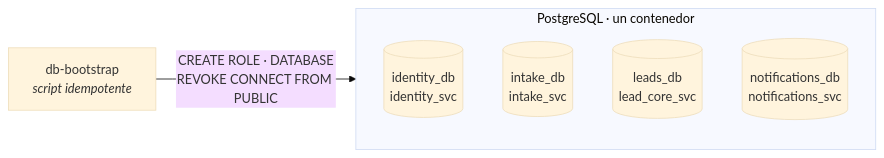
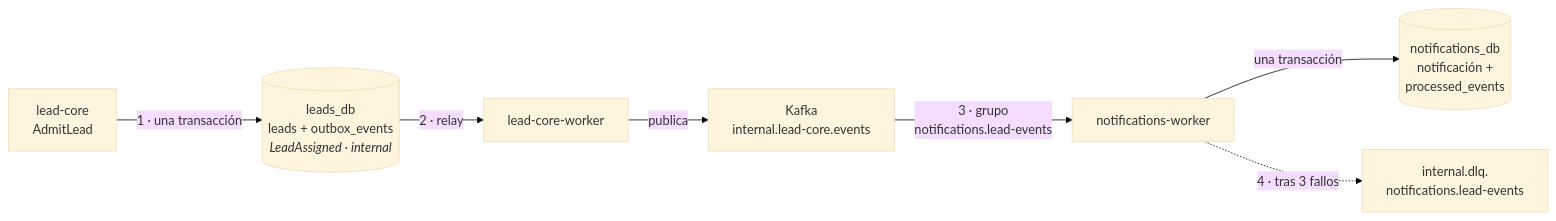
The fifth of 8 diagrams in .slides-microservices/slides.md (MDCIrony/leads-hexa), drawn with Mermaid (base theme) before and after one commit. The commit also changed other lines of this file and 1 other file, not shown here.

Commit message:
docs(slides): simplify the deck and explain the edge and the event flow

````diff
--- a/.slides-microservices/slides.md
+++ b/.slides-microservices/slides.md
@@ -108,10 +336,9 @@
 ```mermaid {scale: 0.6}
 flowchart LR
-    BOOT["db-bootstrap<br/><i>script idempotente</i>"] -->|"CREATE ROLE · DATABASE<br/>REVOKE CONNECT FROM PUBLIC"| PG
-    subgraph PG["PostgreSQL · un contenedor"]
-        I[("identity_db<br/>identity_svc")]
-        N[("intake_db<br/>intake_svc")]
-        L[("leads_db<br/>lead_core_svc")]
-        O[("notifications_db<br/>notifications_svc")]
-    end
+    UC["lead-core<br/>AdmitLead"] -->|"1 · una transacción"| T[("leads_db<br/>leads + outbox_events<br/><i>LeadAssigned · internal</i>")]
+    T -->|"2 · relay"| R["lead-core-worker"]
+    R -->|"publica"| K["Kafka<br/>internal.lead-core.events"]
+    K -->|"3 · grupo<br/>notifications.lead-events"| C["notifications-worker"]
+    C -->|"una transacción"| N[("notifications_db<br/>notificación +<br/>processed_events")]
+    C -.->|"4 · tras 3 fallos"| D["internal.dlq.<br/>notifications.lead-events"]
 ```
````
